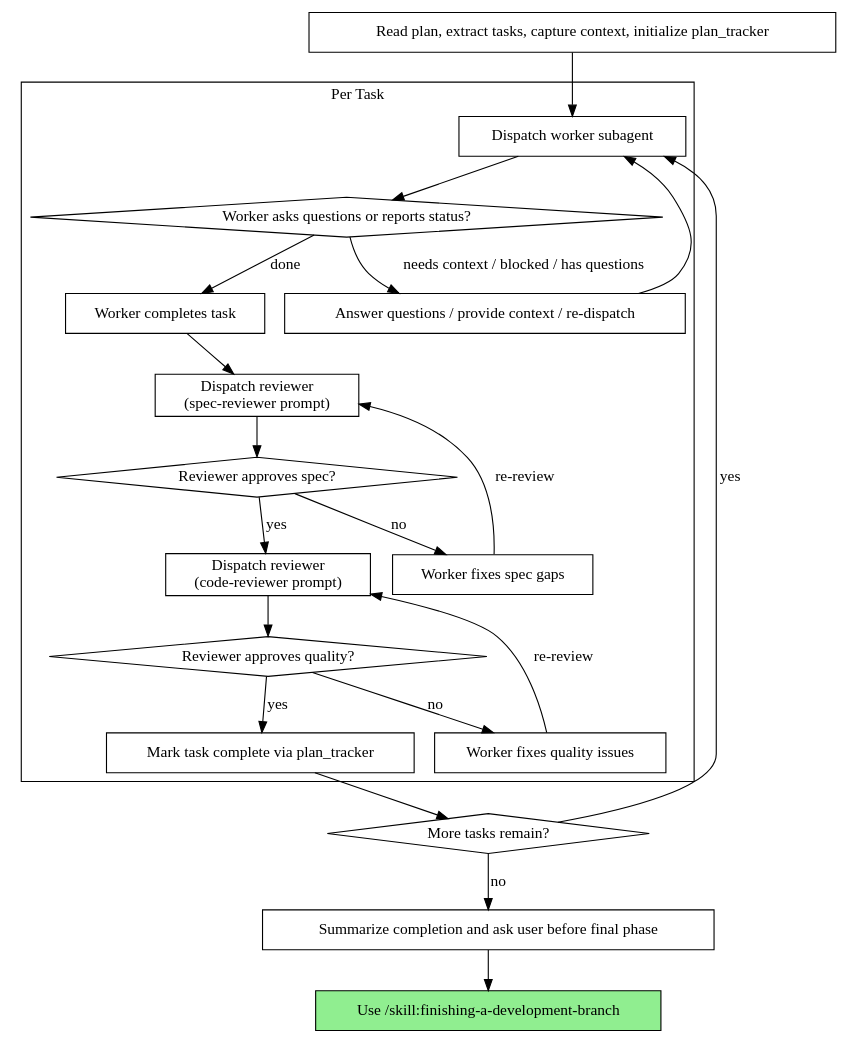
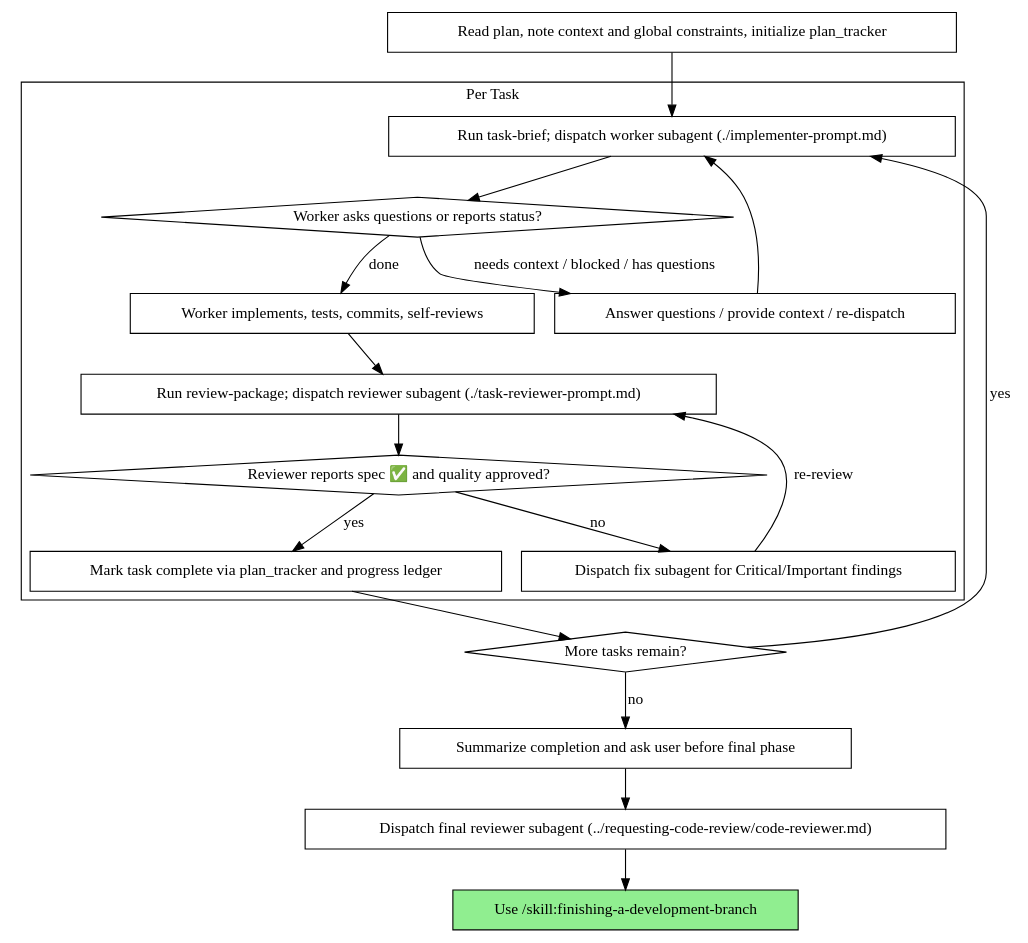
One commit to tickideas/pi-superpowers-plus changed the second of 2 diagrams in skills/subagent-driven-development/SKILL.md. Above: the diagram before and after it, drawn with Graphviz. The commit also changed other lines of this file and 15 other files, not shown here.

First line of the commit message:
feat(sdd): adopt upstream v6.1.1 SDD v6 rework (merged reviewer, file handoffs, ledger)

````diff
--- a/skills/subagent-driven-development/SKILL.md
+++ b/skills/subagent-driven-development/SKILL.md
@@ -71,52 +60,39 @@
 ```dot
 digraph process {
     rankdir=TB;
 
     subgraph cluster_per_task {
         label="Per Task";
-        "Dispatch worker subagent" [shape=box];
+        "Run task-brief; dispatch worker subagent (./implementer-prompt.md)" [shape=box];
         "Worker asks questions or reports status?" [shape=diamond];
         "Answer questions / provide context / re-dispatch" [shape=box];
-        "Worker completes task" [shape=box];
-        "Dispatch reviewer
-(spec-reviewer prompt)" [shape=box];
-        "Reviewer approves spec?" [shape=diamond];
-        "Worker fixes spec gaps" [shape=box];
-        "Dispatch reviewer
-(code-reviewer prompt)" [shape=box];
-        "Reviewer approves quality?" [shape=diamond];
-        "Worker fixes quality issues" [shape=box];
-        "Mark task complete via plan_tracker" [shape=box];
+        "Worker implements, tests, commits, self-reviews" [shape=box];
+        "Run review-package; dispatch reviewer subagent (./task-reviewer-prompt.md)" [shape=box];
+        "Reviewer reports spec ✅ and quality approved?" [shape=diamond];
+        "Dispatch fix subagent for Critical/Important findings" [shape=box];
+        "Mark task complete via plan_tracker and progress ledger" [shape=box];
     }
 
-    "Read plan, extract tasks, capture context, initialize plan_tracker" [shape=box];
+    "Read plan, note context and global constraints, initialize plan_tracker" [shape=box];
     "More tasks remain?" [shape=diamond];
     "Summarize completion and ask user before final phase" [shape=box];
+    "Dispatch final reviewer subagent (../requesting-code-review/code-reviewer.md)" [shape=box];
     "Use /skill:finishing-a-development-branch" [shape=box style=filled fillcolor=lightgreen];
 
-    "Read plan, extract tasks, capture context, initialize plan_tracker" -> "Dispatch worker subagent";
-    "Dispatch worker subagent" -> "Worker asks questions or reports status?";
+    "Read plan, note context and global constraints, initialize plan_tracker" -> "Run task-brief; dispatch worker subagent (./implementer-prompt.md)";
+    "Run task-brief; dispatch worker subagent (./implementer-prompt.md)" -> "Worker asks questions or reports status?";
     "Worker asks questions or reports status?" -> "Answer questions / provide context / re-dispatch" [label="needs context / blocked / has questions"];
-    "Answer questions / provide context / re-dispatch" -> "Dispatch worker subagent";
-    "Worker asks questions or reports status?" -> "Worker completes task" [label="done"];
-    "Worker completes task" -> "Dispatch reviewer
-(spec-reviewer prompt)";
-    "Dispatch reviewer
-(spec-reviewer prompt)" -> "Reviewer approves spec?";
-    "Reviewer approves spec?" -> "Worker fixes spec gaps" [label="no"];
-    "Worker fixes spec gaps" -> "Dispatch reviewer
-(spec-reviewer prompt)" [label="re-review"];
-    "Reviewer approves spec?" -> "Dispatch reviewer
-(code-reviewer prompt)" [label="yes"];
-    "Dispatch reviewer
-(code-reviewer prompt)" -> "Reviewer approves quality?";
-    "Reviewer approves quality?" -> "Worker fixes quality issues" [label="no"];
-    "Worker fixes quality issues" -> "Dispatch reviewer
-(code-reviewer prompt)" [label="re-review"];
-    "Reviewer approves quality?" -> "Mark task complete via plan_tracker" [label="yes"];
-    "Mark task complete via plan_tracker" -> "More tasks remain?";
-    "More tasks remain?" -> "Dispatch worker subagent" [label="yes"];
+    "Answer questions / provide context / re-dispatch" -> "Run task-brief; dispatch worker subagent (./implementer-prompt.md)";
+    "Worker asks questions or reports status?" -> "Worker implements, tests, commits, self-reviews" [label="done"];
+    "Worker implements, tests, commits, self-reviews" -> "Run review-package; dispatch reviewer subagent (./task-reviewer-prompt.md)";
+    "Run review-package; dispatch reviewer subagent (./task-reviewer-prompt.md)" -> "Reviewer reports spec ✅ and quality approved?";
+    "Reviewer reports spec ✅ and quality approved?" -> "Dispatch fix subagent for Critical/Important findings" [label="no"];
+    "Dispatch fix subagent for Critical/Important findings" -> "Run review-package; dispatch reviewer subagent (./task-reviewer-prompt.md)" [label="re-review"];
+    "Reviewer reports spec ✅ and quality approved?" -> "Mark task complete via plan_tracker and progress ledger" [label="yes"];
+    "Mark task complete via plan_tracker and progress ledger" -> "More tasks remain?";
+    "More tasks remain?" -> "Run task-brief; dispatch worker subagent (./implementer-prompt.md)" [label="yes"];
     "More tasks remain?" -> "Summarize completion and ask user before final phase" [label="no"];
-    "Summarize completion and ask user before final phase" -> "Use /skill:finishing-a-development-branch";
+    "Summarize completion and ask user before final phase" -> "Dispatch final reviewer subagent (../requesting-code-review/code-reviewer.md)";
+    "Dispatch final reviewer subagent (../requesting-code-review/code-reviewer.md)" -> "Use /skill:finishing-a-development-branch";
 }
 ```
````
